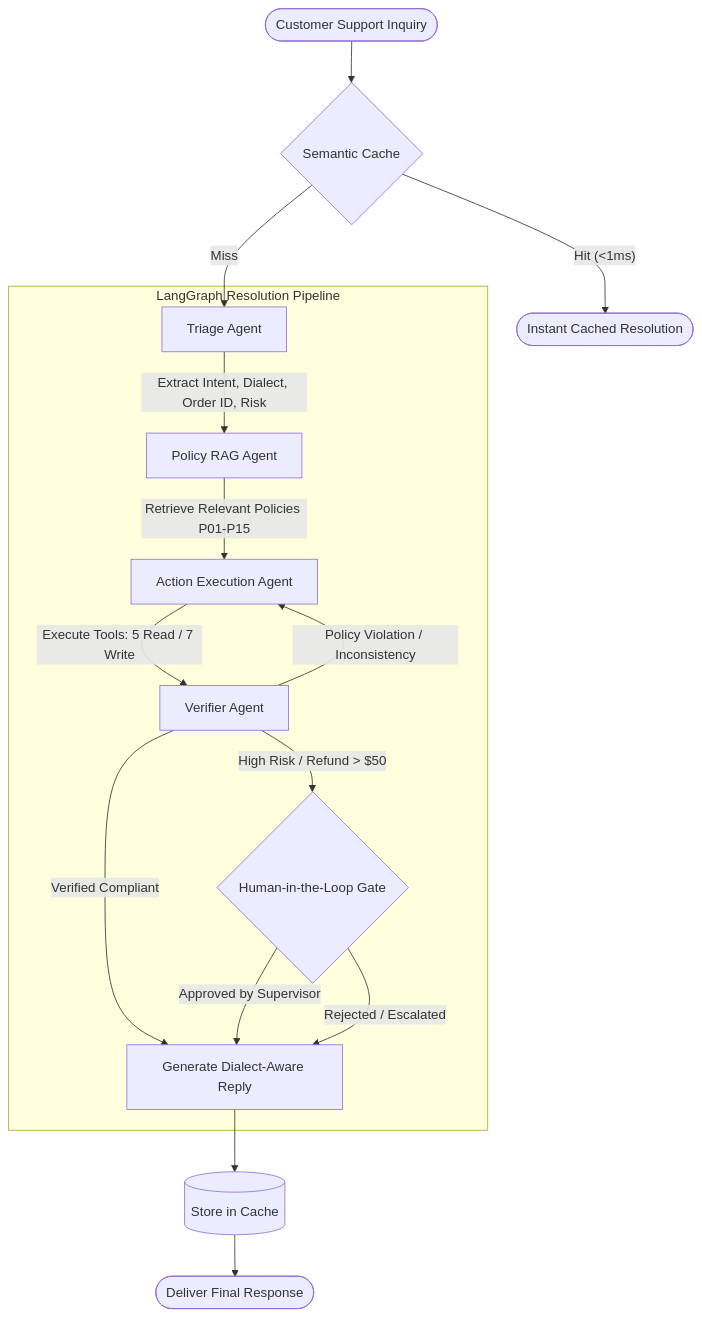
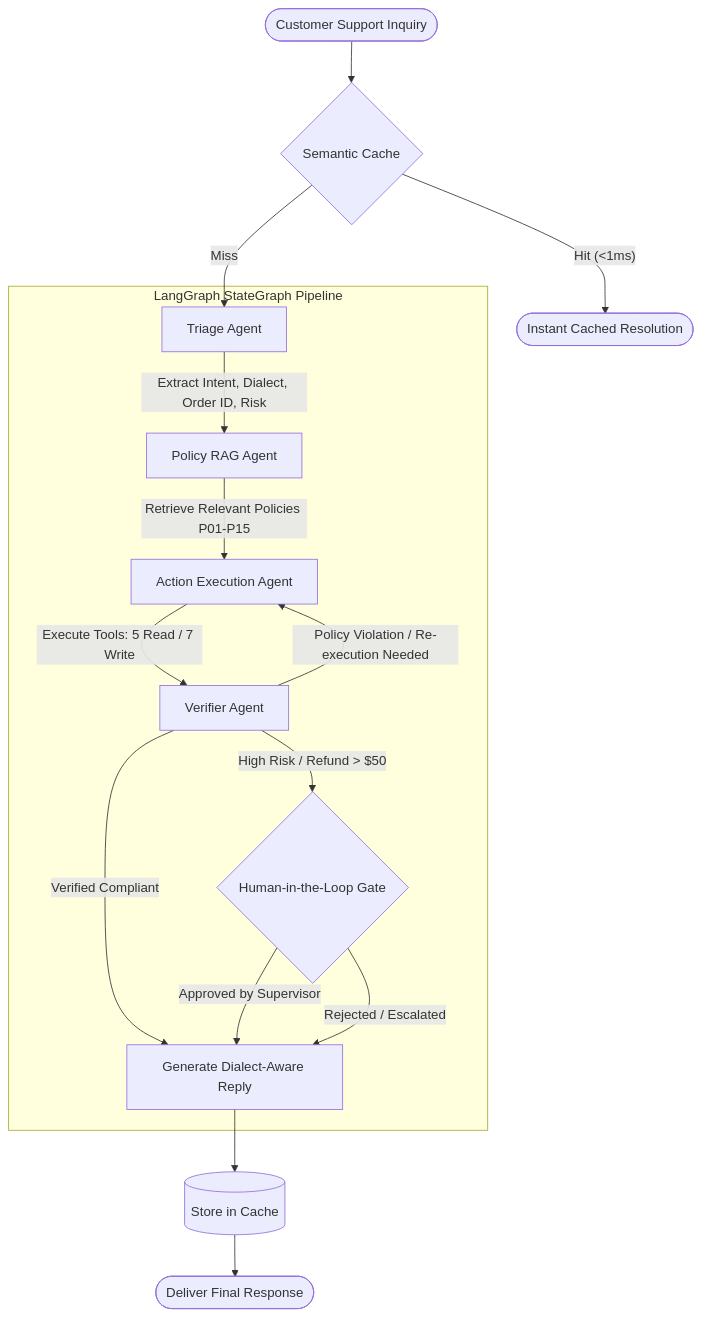
Before and after one commit to IyadKouloughli/arabic-multiagent-support: the diagram in README.md, drawn with Mermaid. The commit also changed other lines of this file, not shown here.

Commit message:
docs: formalize enterprise README documentation with no emojis, detailed architecture, and empirical results

````diff
--- a/README.md
+++ b/README.md
@@ -39,22 +34,22 @@
 ```mermaid
 graph TD
     User([Customer Support Inquiry]) --> Cache{Semantic Cache}
     Cache -- Hit (<1ms) --> InstantReply([Instant Cached Resolution])
     Cache -- Miss --> Triage[Triage Agent]
 
-    subgraph "LangGraph Resolution Pipeline"
+    subgraph "LangGraph StateGraph Pipeline"
         Triage --> |Extract Intent, Dialect, Order ID, Risk| Policy[Policy RAG Agent]
         Policy --> |Retrieve Relevant Policies P01-P15| Action[Action Execution Agent]
         Action --> |Execute Tools: 5 Read / 7 Write| Verifier[Verifier Agent]
         
-        Verifier --> |Policy Violation / Inconsistency| Action
+        Verifier --> |Policy Violation / Re-execution Needed| Action
         Verifier --> |High Risk / Refund > $50| HITL{Human-in-the-Loop Gate}
         Verifier --> |Verified Compliant| CustomerReply[Generate Dialect-Aware Reply]
         
         HITL --> |Approved by Supervisor| CustomerReply
         HITL --> |Rejected / Escalated| CustomerReply
     end
 
     CustomerReply --> UpdateCache[(Store in Cache)]
     UpdateCache --> Final([Deliver Final Response])
 ```
````
